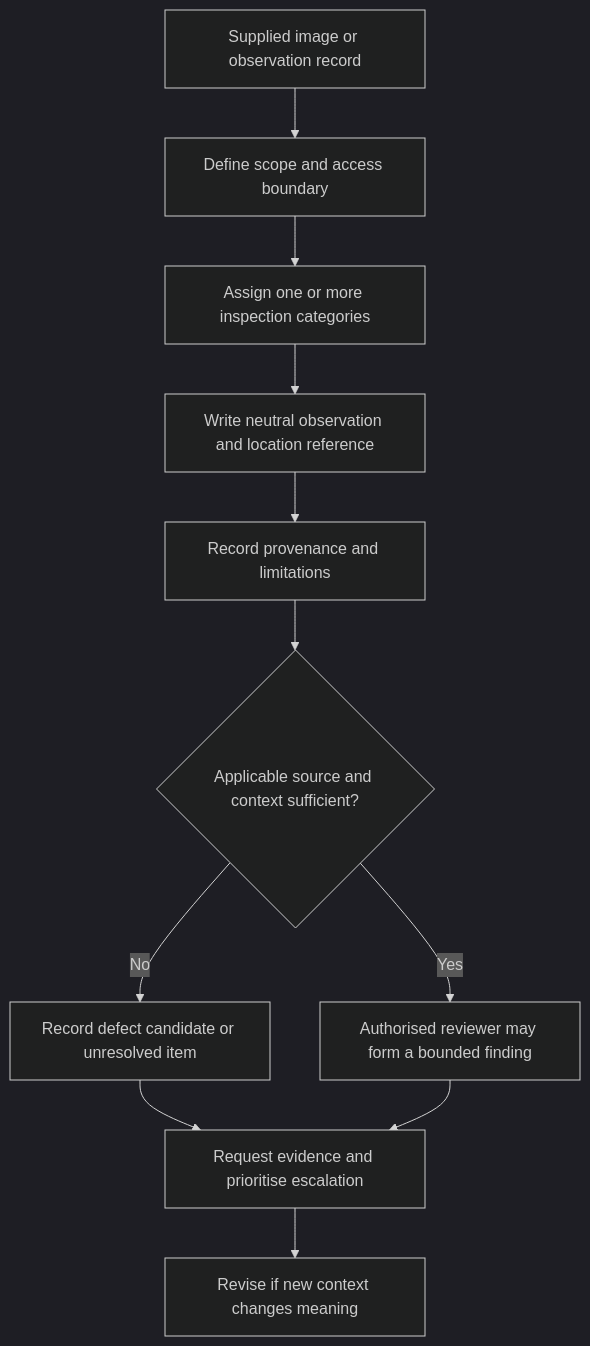
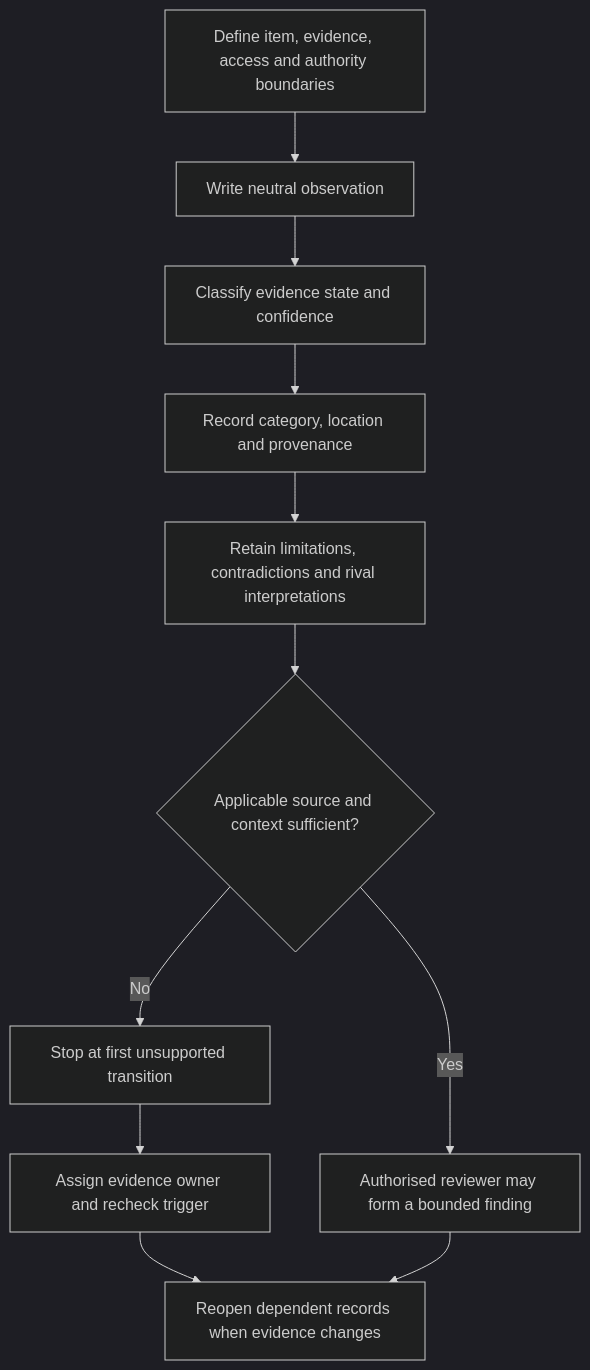
The first of 2 diagrams in docs/learning-plans/12-week/modules/day-58-visual-inspection-categories-and-defect-recording.md (andrew3stedall/capstone), drawn with Mermaid (dark theme) before and after one commit. The commit also changed other lines of this file and 3 other files, not shown here.

````diff
--- a/docs/learning-plans/12-week/modules/day-58-visual-inspection-categories-and-defect-recording.md
+++ b/docs/learning-plans/12-week/modules/day-58-visual-inspection-categories-and-defect-recording.md
@@ -87,13 +103,13 @@
 ```mermaid
 flowchart TD
-  A[Supplied image or observation record] --> B[Define scope and access boundary]
-  B --> C[Assign one or more inspection categories]
-  C --> D[Write neutral observation and location reference]
-  D --> E[Record provenance and limitations]
+  A[Define item, evidence, access and authority boundaries] --> B[Write neutral observation]
+  B --> C[Classify evidence state and confidence]
+  C --> D[Record category, location and provenance]
+  D --> E[Retain limitations, contradictions and rival interpretations]
   E --> F{Applicable source and context sufficient?}
-  F -->|No| G[Record defect candidate or unresolved item]
-  F -->|Yes| H[Authorised reviewer may form a bounded finding]
-  G --> I[Request evidence and prioritise escalation]
-  H --> I
-  I --> J[Revise if new context changes meaning]
+  F -->|No| G[Stop at first unsupported transition]
+  G --> H[Assign evidence owner and recheck trigger]
+  F -->|Yes| I[Authorised reviewer may form a bounded finding]
+  H --> J[Reopen dependent records when evidence changes]
+  I --> J
 ```
````
